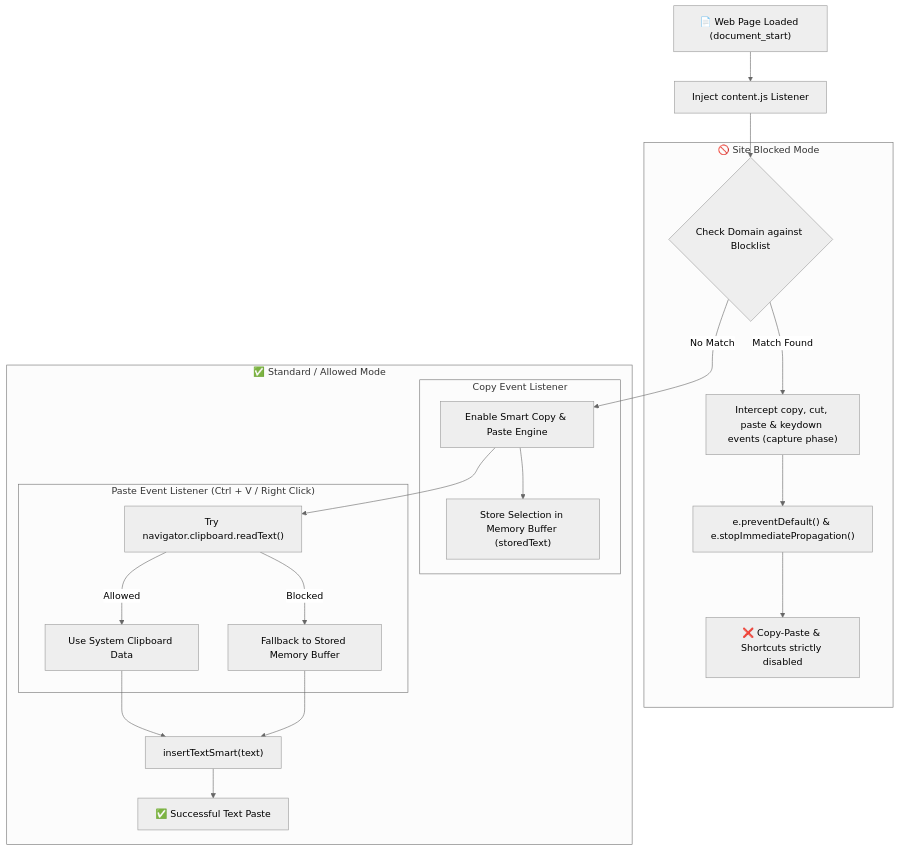
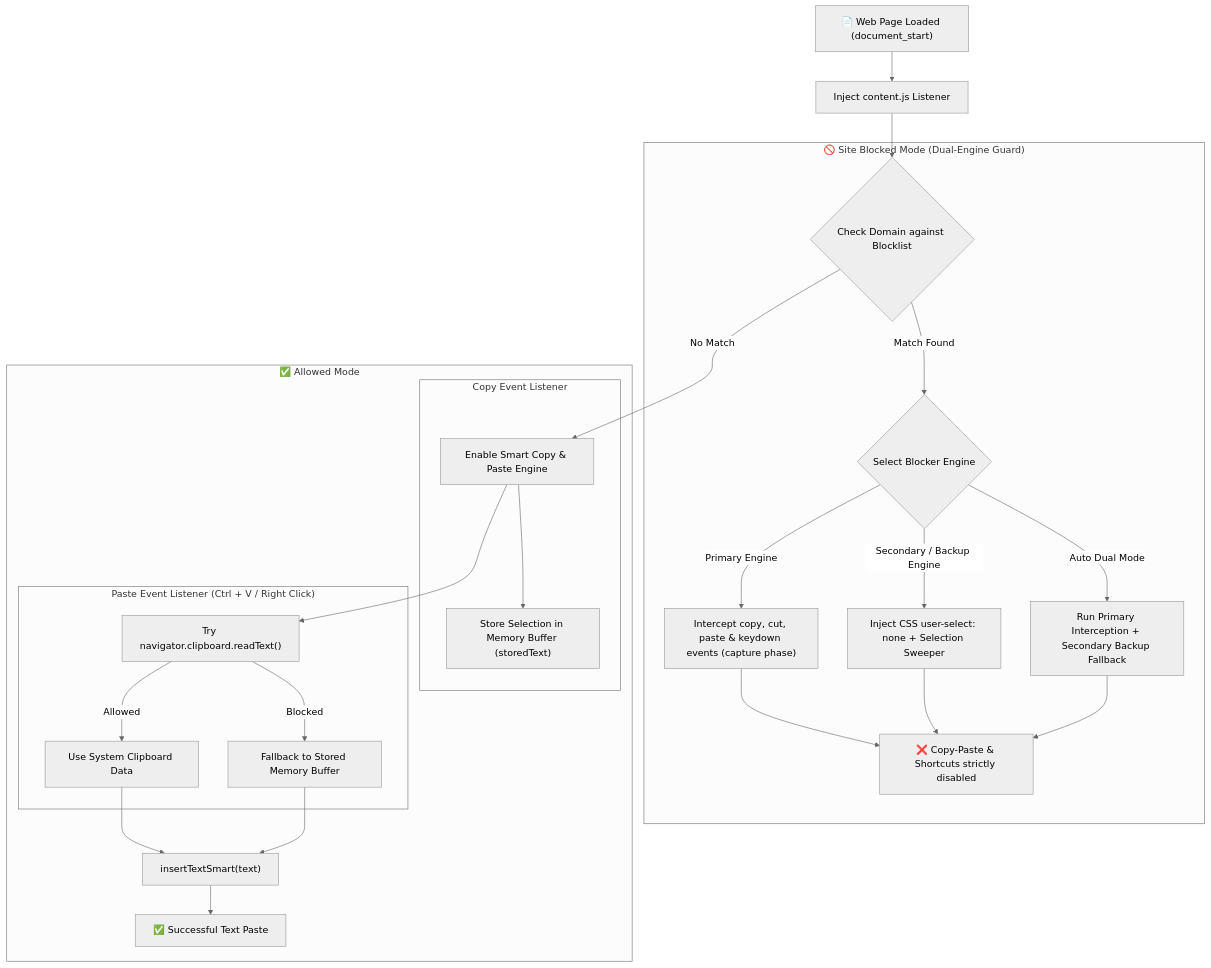
Before and after one commit to SINGH0883/Yuvi-Master: the diagram in README.md, drawn with Mermaid (neutral theme). The commit also changed other lines of this file and 3 other files, not shown here.

Commit message:
feat: add Dual-Engine Copy-Paste Blocker system with Primary and Secondary Backup engines

````diff
--- a/README.md
+++ b/README.md
@@ -38,29 +38,33 @@
 ```mermaid
 flowchart TD
     A["📄 Web Page Loaded (document_start)"] --> B["Inject content.js Listener"]
     B --> C{"Check Domain against Blocklist"}
 
-    subgraph BLOCKED_SITE ["🚫 Site Blocked Mode"]
-        C -->|Match Found| D["Intercept copy, cut, paste & keydown events (capture phase)"]
-        D --> E["e.preventDefault() & e.stopImmediatePropagation()"]
-        E --> F["❌ Copy-Paste & Shortcuts strictly disabled"]
+    subgraph BLOCKED_SITE ["🚫 Site Blocked Mode (Dual-Engine Guard)"]
+        C -->|Match Found| D{"Select Blocker Engine"}
+        D -->|Primary Engine| E["Intercept copy, cut, paste & keydown events (capture phase)"]
+        D -->|Secondary / Backup Engine| F["Inject CSS user-select: none + Selection Sweeper"]
+        D -->|Auto Dual Mode| G["Run Primary Interception + Secondary Backup Fallback"]
+        E --> H["❌ Copy-Paste & Shortcuts strictly disabled"]
+        F --> H
+        G --> H
     end
 
-    subgraph ALLOWED_SITE ["✅ Standard / Allowed Mode"]
-        C -->|No Match| G["Enable Smart Copy & Paste Engine"]
+    subgraph ALLOWED_SITE ["✅ Allowed Mode"]
+        C -->|No Match| I["Enable Smart Copy & Paste Engine"]
         
         subgraph COPY_ENGINE ["Copy Event Listener"]
-            G --> H["Store Selection in Memory Buffer (storedText)"]
+            I --> J["Store Selection in Memory Buffer (storedText)"]
         end
         
         subgraph PASTE_ENGINE ["Paste Event Listener (Ctrl + V / Right Click)"]
-            G --> I["Try navigator.clipboard.readText()"]
-            I -->|Allowed| J["Use System Clipboard Data"]
-            I -->|Blocked| K["Fallback to Stored Memory Buffer"]
+            I --> K["Try navigator.clipboard.readText()"]
+            K -->|Allowed| L["Use System Clipboard Data"]
+            K -->|Blocked| M["Fallback to Stored Memory Buffer"]
         end
 
-        J --> L["insertTextSmart(text)"]
-        K --> L
-        L --> M["✅ Successful Text Paste"]
+        L --> N["insertTextSmart(text)"]
+        M --> N
+        N --> O["✅ Successful Text Paste"]
     end
 ```
````
